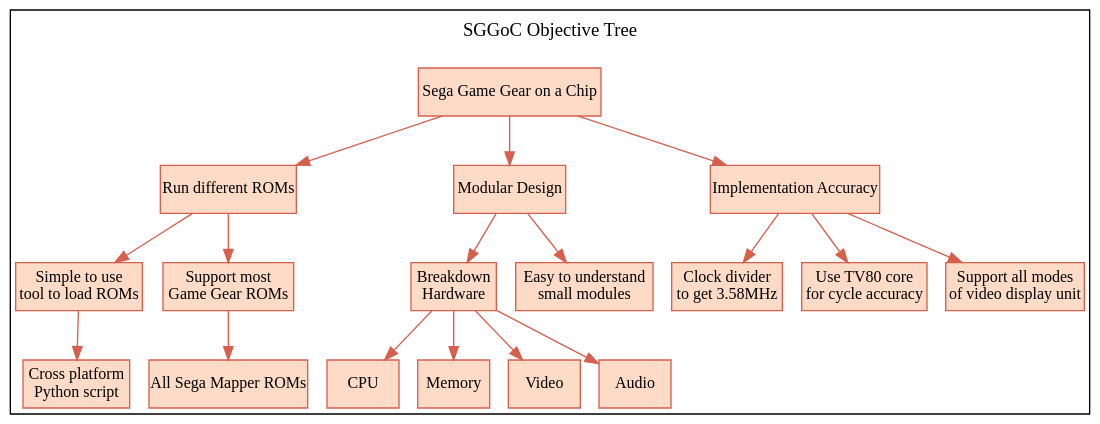
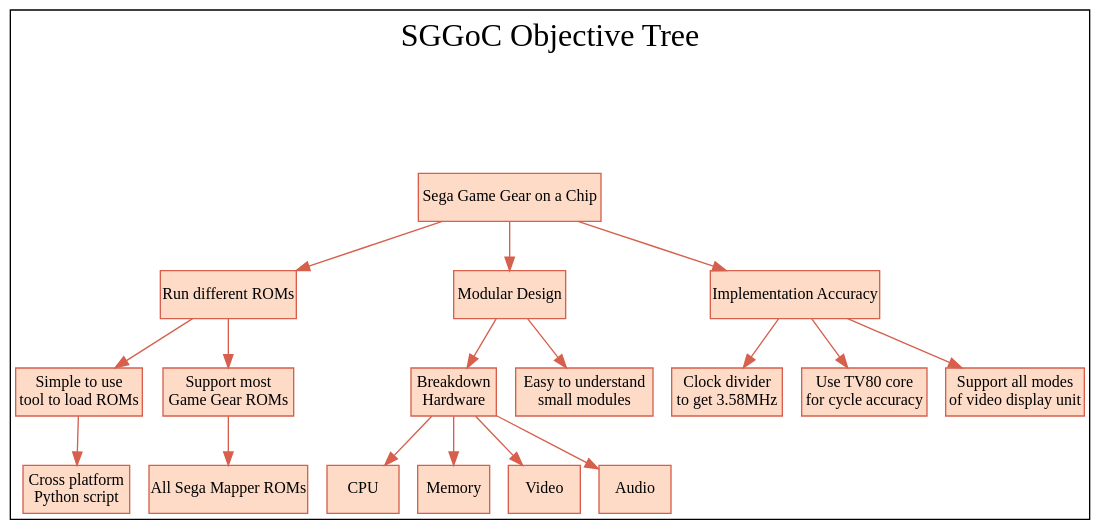
Before and after one commit to bear24rw/sggoc: the diagram in doc/objective_tree.dot, drawn with Graphviz. The commit also changed 3 other files, not shown here.

```diff
--- a/doc/objective_tree.dot
+++ b/doc/objective_tree.dot
@@ -1,44 +1,45 @@
 digraph G {
     labelloc="t";
-    label="SGGoC Objective Tree\n\n";
+    label="SGGoC Objective Tree\n\n\n\n";
+    fontsize=24;
 
     graph [rankdir=TB, nodesep=0.2, colorscheme=rdbu9];
     node [nodesep=0.2, label="\N", shape=record, style="filled", colorscheme=rdbu9, color=2, fillcolor=4, fontname="Arial narrow", fontsize=12];
     edge [colorscheme=rdbu9, color=2, fontsize=11, fontname="Arial narrow"];
 
     sggoc[label="Sega Game Gear on a Chip"];
     sggoc -> rom_loading;
     sggoc -> modular;
     sggoc -> accurate;
 
     rom_loading[label="Run different ROMs"];
     easy[label="Simple to use \ntool to load ROMs"];
     pyth[label="Cross platform\nPython script"];
     roms[label="Support most \nGame Gear ROMs"];
     mapper[label="All Sega Mapper ROMs"];
     rom_loading -> easy -> pyth;
     rom_loading -> roms -> mapper;
 
     modular[label="Modular Design"];
     breakdown[label="Breakdown\nHardware"];
     keep_simple[label="Easy to understand \nsmall modules"];
     modular -> breakdown;
     modular -> keep_simple;
     cpu[label="CPU"];
     mem[label="Memory"];
     vid[label="Video"];
     aud[label="Audio"];
     breakdown -> cpu;
     breakdown -> mem;
     breakdown -> vid;
     breakdown -> aud;
 
     accurate[label="Implementation Accuracy"];
     clk[label="Clock divider \nto get 3.58MHz"];
     tv80[label="Use TV80 core \nfor cycle accuracy"];
     vdp[label="Support all modes\nof video display unit"];
     accurate -> clk;
     accurate -> tv80;
     accurate -> vdp;
 
 }
```
